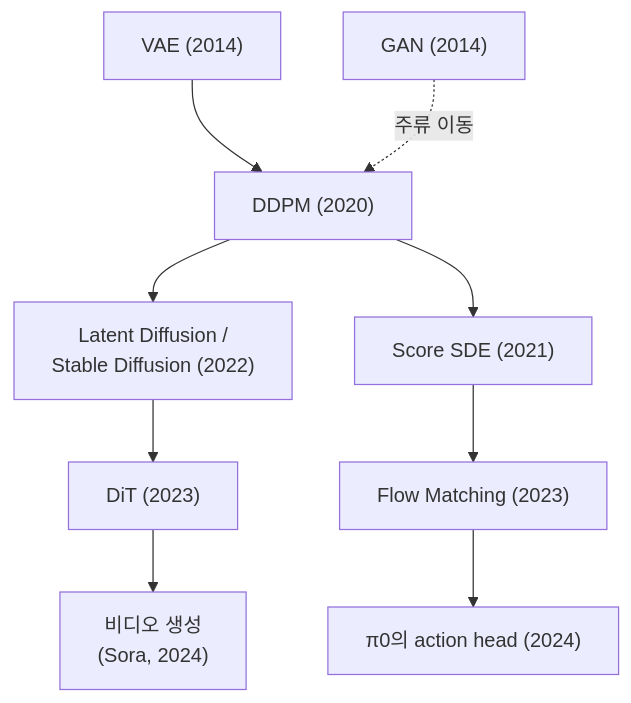
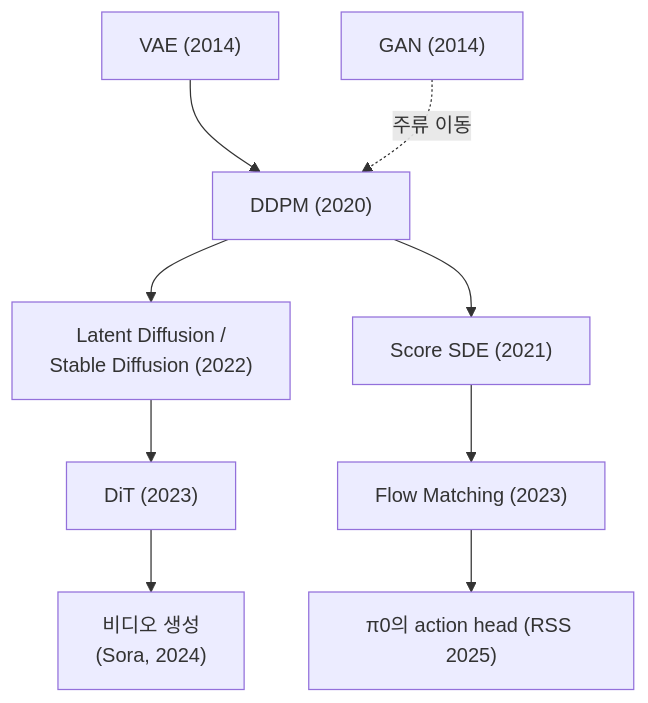
The tenth of 12 diagrams in content/03-deep-learning/lineage.md (jiseop-byeon/phd-wiki), drawn with Mermaid before and after one commit. The commit also changed other lines of this file and 6 other files, not shown here.

````diff
--- a/content/03-deep-learning/lineage.md
+++ b/content/03-deep-learning/lineage.md
@@ -177,11 +177,11 @@
 ```mermaid
 graph TD
     VAE["VAE (2014)"] --> DDPM["DDPM (2020)"]
     GAN["GAN (2014)"] -.주류 이동.-> DDPM
     DDPM --> LDM["Latent Diffusion /<br/>Stable Diffusion (2022)"]
     DDPM --> Score["Score SDE (2021)"]
     Score --> FM["Flow Matching (2023)"]
     LDM --> DiT["DiT (2023)"]
     DiT --> Video["비디오 생성<br/>(Sora, 2024)"]
-    FM --> Pi0["π0의 action head (2024)"]
+    FM --> Pi0["π0의 action head (RSS 2025)"]
 ```
````
